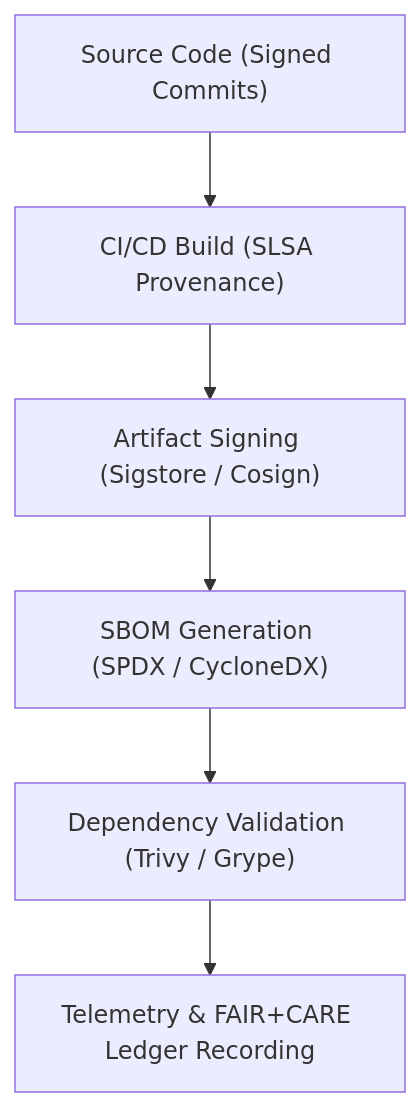
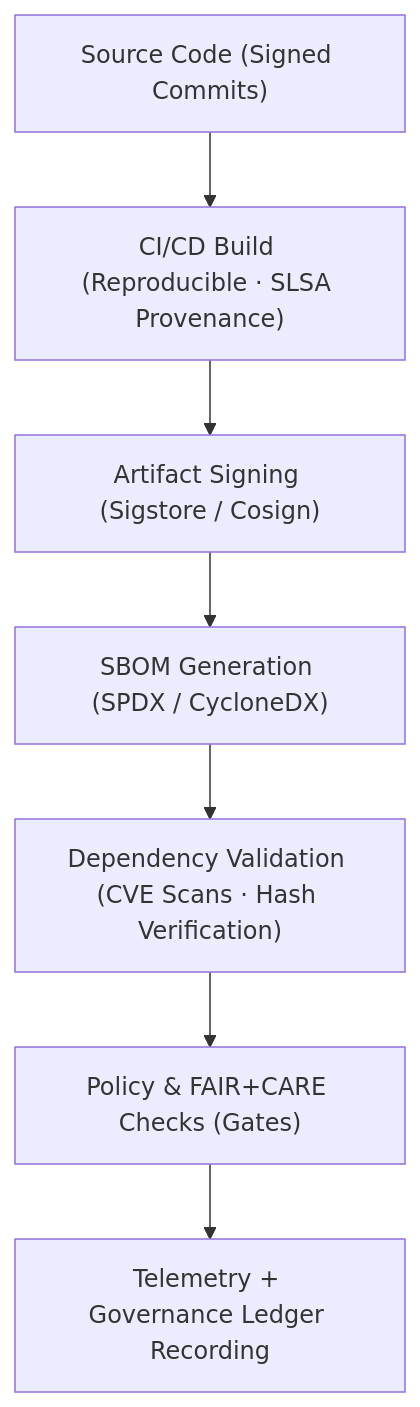
The diagram in docs/security/supply-chain.md (bartytime4life/Kansas-Frontier-Matrix), drawn with Mermaid before and after one commit. The commit also changed other lines of this file, not shown here.

````diff
--- a/docs/security/supply-chain.md
+++ b/docs/security/supply-chain.md
@@ -63,8 +71,9 @@
 ```mermaid
 flowchart TD
-  A["Source Code (Signed Commits)"] --> B["CI/CD Build (SLSA Provenance)"]
+  A["Source Code (Signed Commits)"] --> B["CI/CD Build (Reproducible · SLSA Provenance)"]
   B --> C["Artifact Signing (Sigstore / Cosign)"]
   C --> D["SBOM Generation (SPDX / CycloneDX)"]
-  D --> E["Dependency Validation (Trivy / Grype)"]
-  E --> F["Telemetry & FAIR+CARE Ledger Recording"]
+  D --> E["Dependency Validation (CVE Scans · Hash Verification)"]
+  E --> F["Policy & FAIR+CARE Checks (Gates)"]
+  F --> G["Telemetry + Governance Ledger Recording"]
 ```
````
